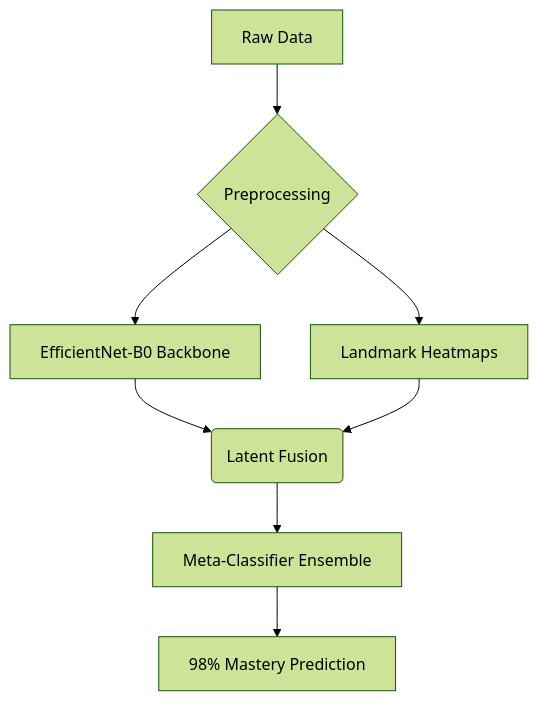
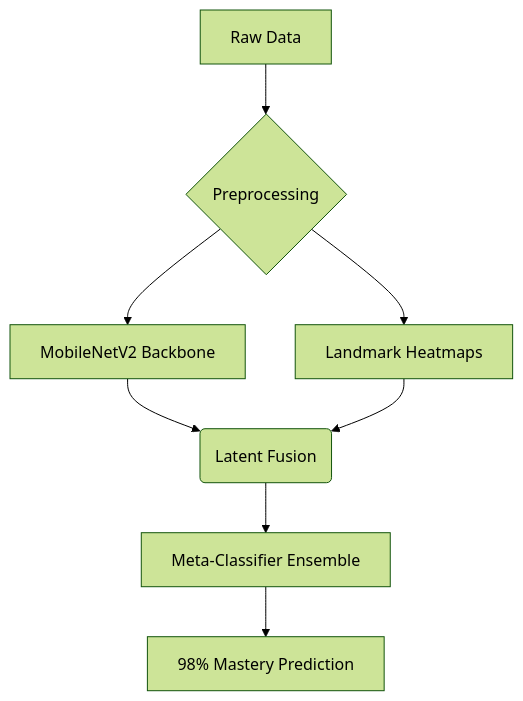
The diagram in README.md (vijaymahes9080/DL_mobilenet), drawn with Mermaid (forest theme) before and after one commit. The commit also changed other lines of this file and 81 other files, not shown here.

````diff
--- a/README.md
+++ b/README.md
@@ -22,10 +22,10 @@
 ```mermaid
 graph TD
     A[Raw Data] --> B{Preprocessing}
-    B --> C[EfficientNet-B0 Backbone]
+    B --> C[MobileNetV2 Backbone]
     B --> D[Landmark Heatmaps]
     C --> E(Latent Fusion)
     D --> E
     E --> F[Meta-Classifier Ensemble]
     F --> G[98% Mastery Prediction]
 ```
````
